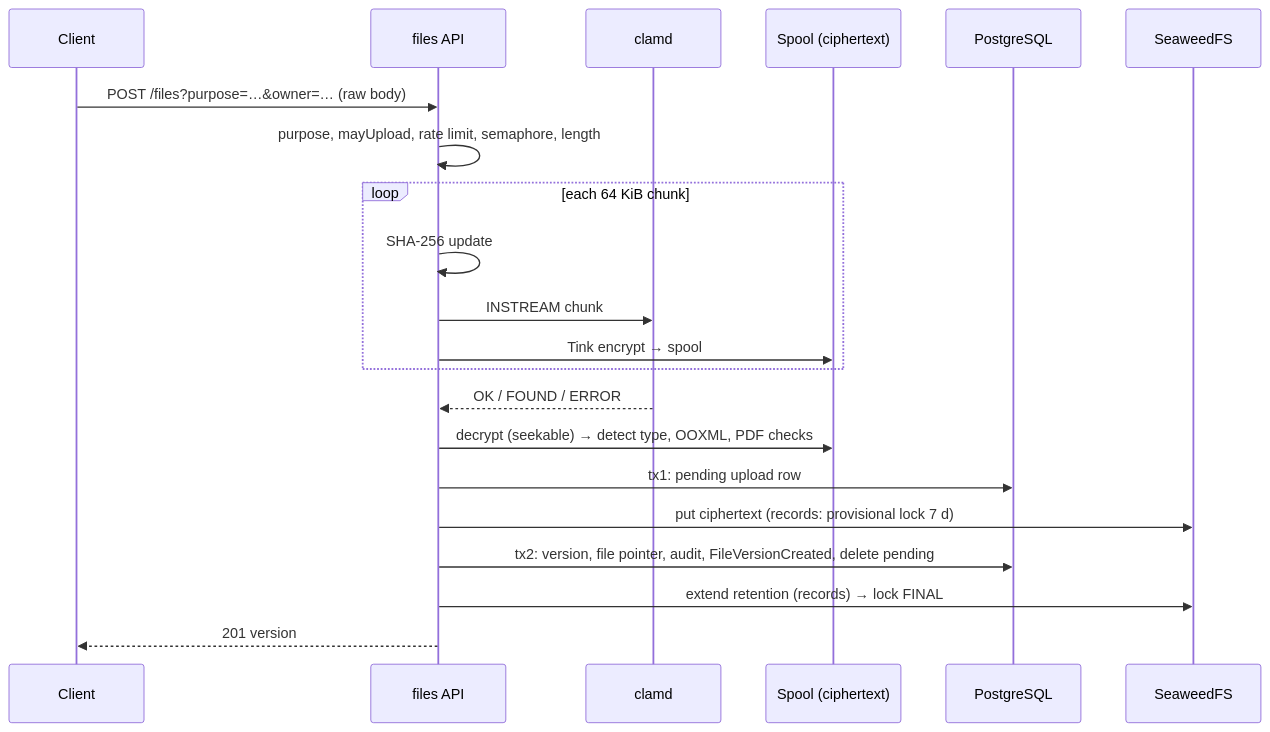
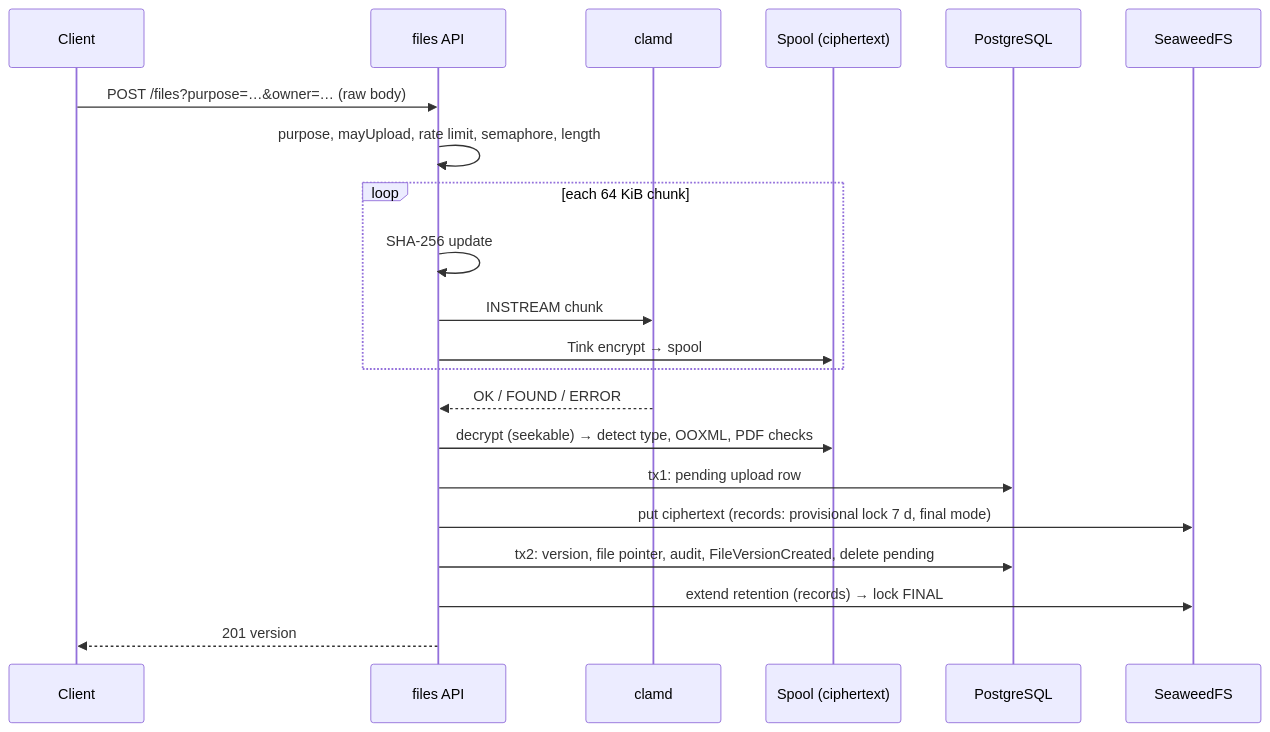
The third of 3 diagrams in docs/plan/phase-1a-minimum-core/epic-05-files/design.md (nazihar/memo-revamp), drawn with Mermaid before and after one commit. The commit also changed other lines of this file and 8 other files, not shown here.

````diff
--- a/docs/plan/phase-1a-minimum-core/epic-05-files/design.md
+++ b/docs/plan/phase-1a-minimum-core/epic-05-files/design.md
@@ -110,23 +110,23 @@
 ```mermaid
 sequenceDiagram
   participant C as Client
   participant API as files API
   participant AV as clamd
   participant SP as Spool (ciphertext)
   participant DB as PostgreSQL
   participant S3 as SeaweedFS
   C->>API: POST /files?purpose=…&owner=… (raw body)
   API->>API: purpose, mayUpload, rate limit, semaphore, length
   loop each 64 KiB chunk
     API->>API: SHA-256 update
     API->>AV: INSTREAM chunk
     API->>SP: Tink encrypt → spool
   end
   AV-->>API: OK / FOUND / ERROR
   API->>SP: decrypt (seekable) → detect type, OOXML, PDF checks
   API->>DB: tx1: pending upload row
-  API->>S3: put ciphertext (records: provisional lock 7 d)
+  API->>S3: put ciphertext (records: provisional lock 7 d, final mode)
   API->>DB: tx2: version, file pointer, audit, FileVersionCreated, delete pending
   API->>S3: extend retention (records) → lock FINAL
   API-->>C: 201 version
 ```
````
